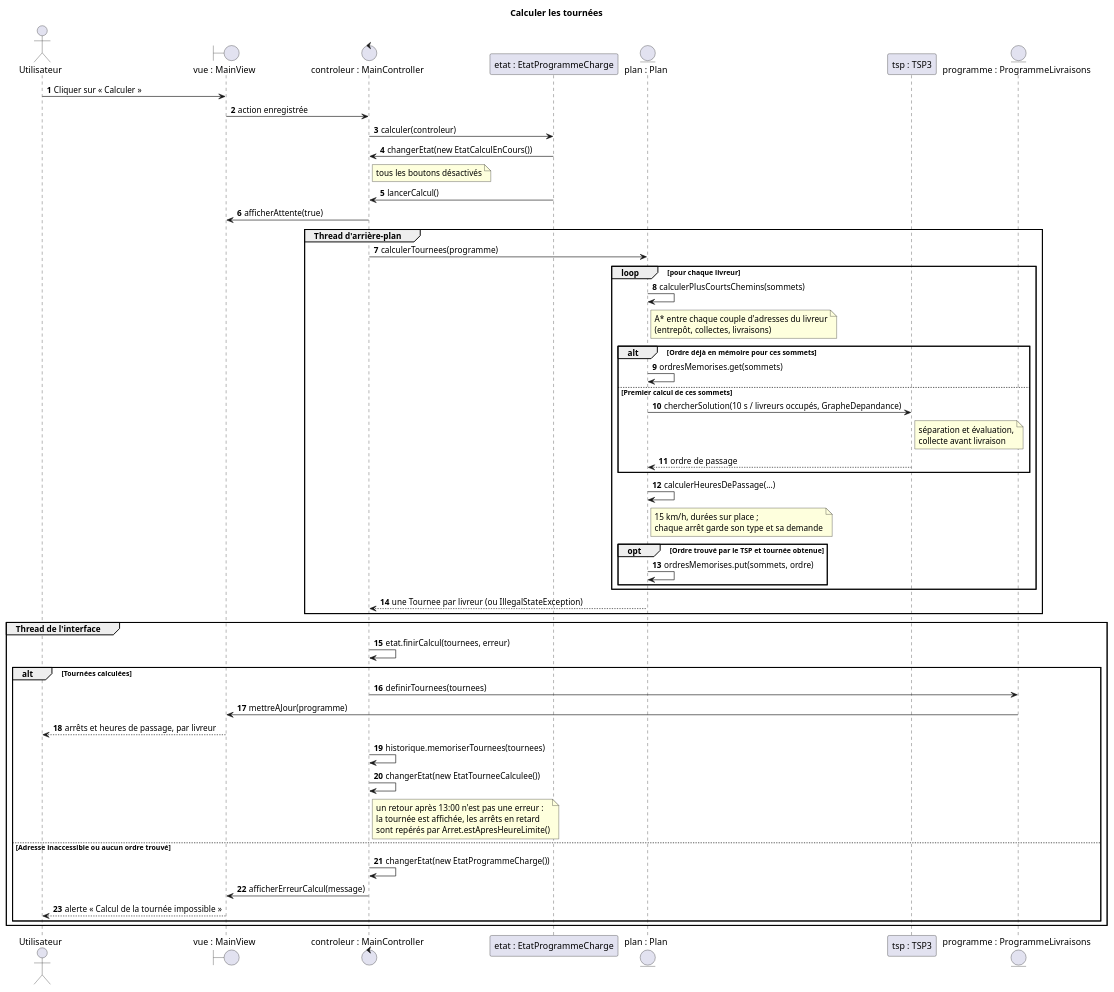
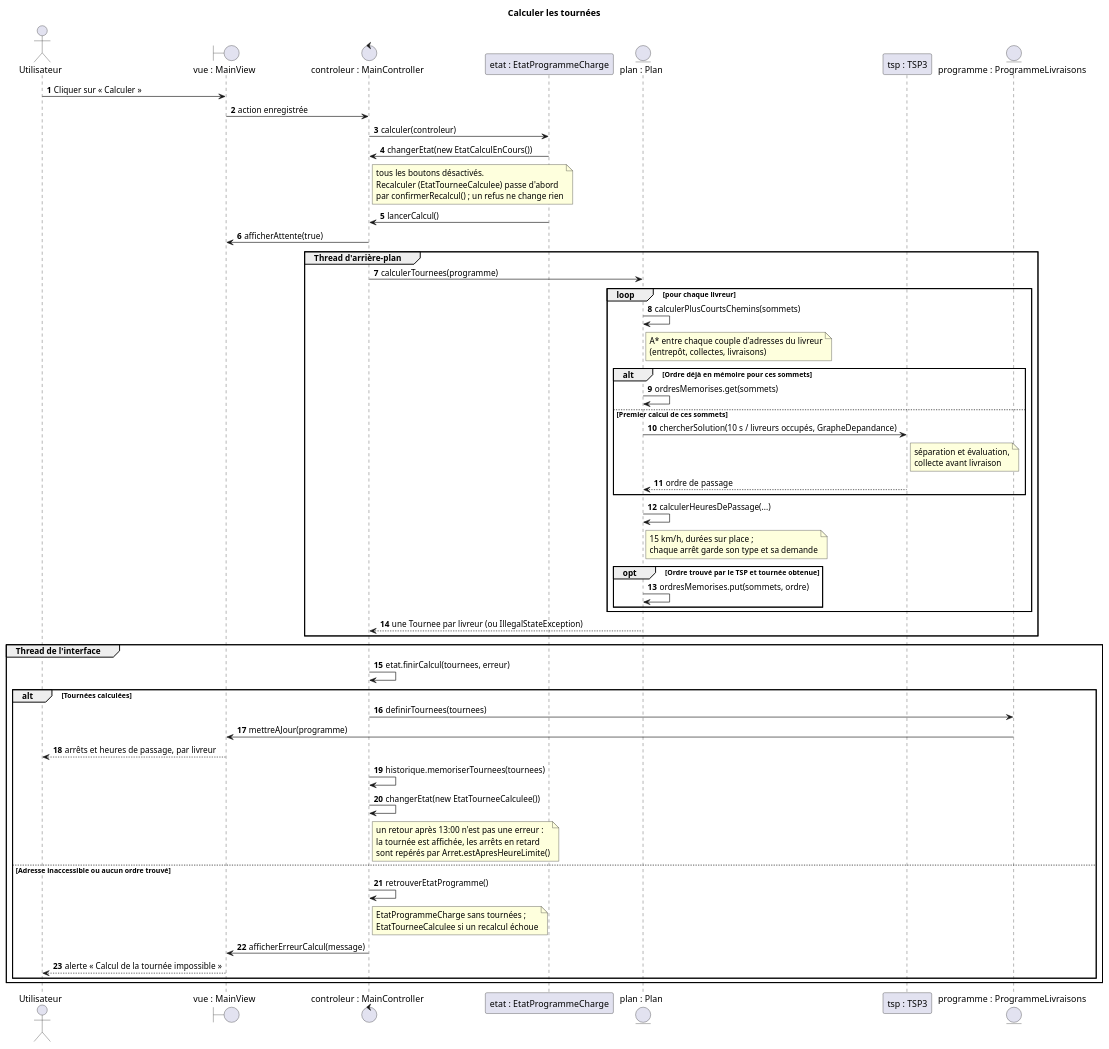
Before and after one commit to tristanhp/Optimod-Lyon: the diagram in docs/diagrams/sequence-calcul-tournee.puml, drawn with PlantUML. The commit also changed 11 other files, not shown here.

```diff
--- a/docs/diagrams/sequence-calcul-tournee.puml
+++ b/docs/diagrams/sequence-calcul-tournee.puml
@@ -1,53 +1,54 @@
 @startuml sequence-calcul-tournee
 title Calculer les tournées
 autonumber
 actor Utilisateur as U
 boundary "vue : MainView" as V
 control "controleur : MainController" as C
 participant "etat : EtatProgrammeCharge" as E
 entity "plan : Plan" as P
 participant "tsp : TSP3" as T
 entity "programme : ProgrammeLivraisons" as L
 U -> V : Cliquer sur « Calculer »
 V -> C : action enregistrée
 C -> E : calculer(controleur)
 E -> C : changerEtat(new EtatCalculEnCours())
-note right of C : tous les boutons désactivés
+note right of C : tous les boutons désactivés.\nRecalculer (EtatTourneeCalculee) passe d'abord\npar confirmerRecalcul() ; un refus ne change rien
 E -> C : lancerCalcul()
 C -> V : afficherAttente(true)
 group Thread d'arrière-plan
   C -> P : calculerTournees(programme)
   loop pour chaque livreur
     P -> P : calculerPlusCourtsChemins(sommets)
     note right of P : A* entre chaque couple d'adresses du livreur\n(entrepôt, collectes, livraisons)
     alt Ordre déjà en mémoire pour ces sommets
       P -> P : ordresMemorises.get(sommets)
     else Premier calcul de ces sommets
       P -> T : chercherSolution(10 s / livreurs occupés, GrapheDepandance)
       note right of T : séparation et évaluation,\ncollecte avant livraison
       T --> P : ordre de passage
     end
     P -> P : calculerHeuresDePassage(...)
     note right of P : 15 km/h, durées sur place ;\nchaque arrêt garde son type et sa demande
     opt Ordre trouvé par le TSP et tournée obtenue
       P -> P : ordresMemorises.put(sommets, ordre)
     end
   end
   P --> C : une Tournee par livreur (ou IllegalStateException)
 end
 group Thread de l'interface
   C -> C : etat.finirCalcul(tournees, erreur)
   alt Tournées calculées
     C -> L : definirTournees(tournees)
     L -> V : mettreAJour(programme)
     V --> U : arrêts et heures de passage, par livreur
     C -> C : historique.memoriserTournees(tournees)
     C -> C : changerEtat(new EtatTourneeCalculee())
     note right of C : un retour après 13:00 n'est pas une erreur :\nla tournée est affichée, les arrêts en retard\nsont repérés par Arret.estApresHeureLimite()
   else Adresse inaccessible ou aucun ordre trouvé
-    C -> C : changerEtat(new EtatProgrammeCharge())
+    C -> C : retrouverEtatProgramme()
+    note right of C : EtatProgrammeCharge sans tournées ;\nEtatTourneeCalculee si un recalcul échoue
     C -> V : afficherErreurCalcul(message)
     V --> U : alerte « Calcul de la tournée impossible »
   end
 end
 @enduml
```
